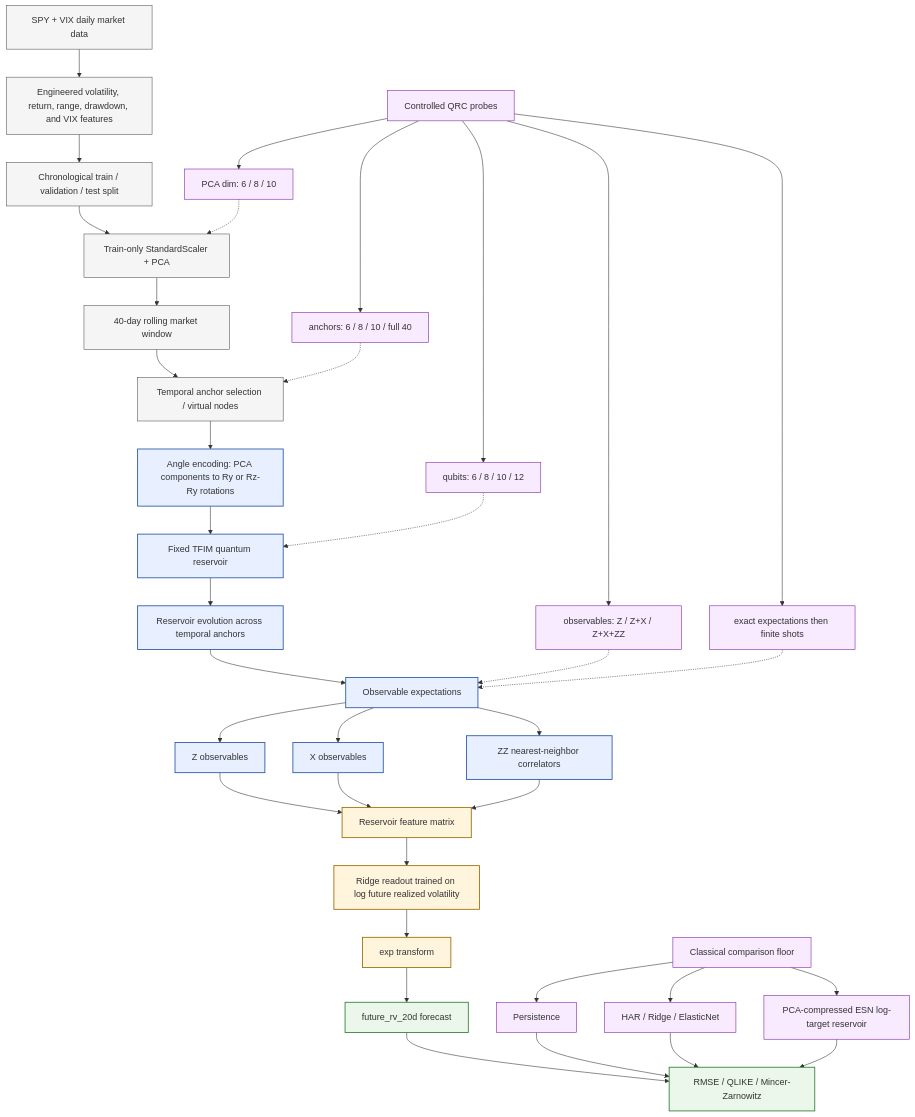
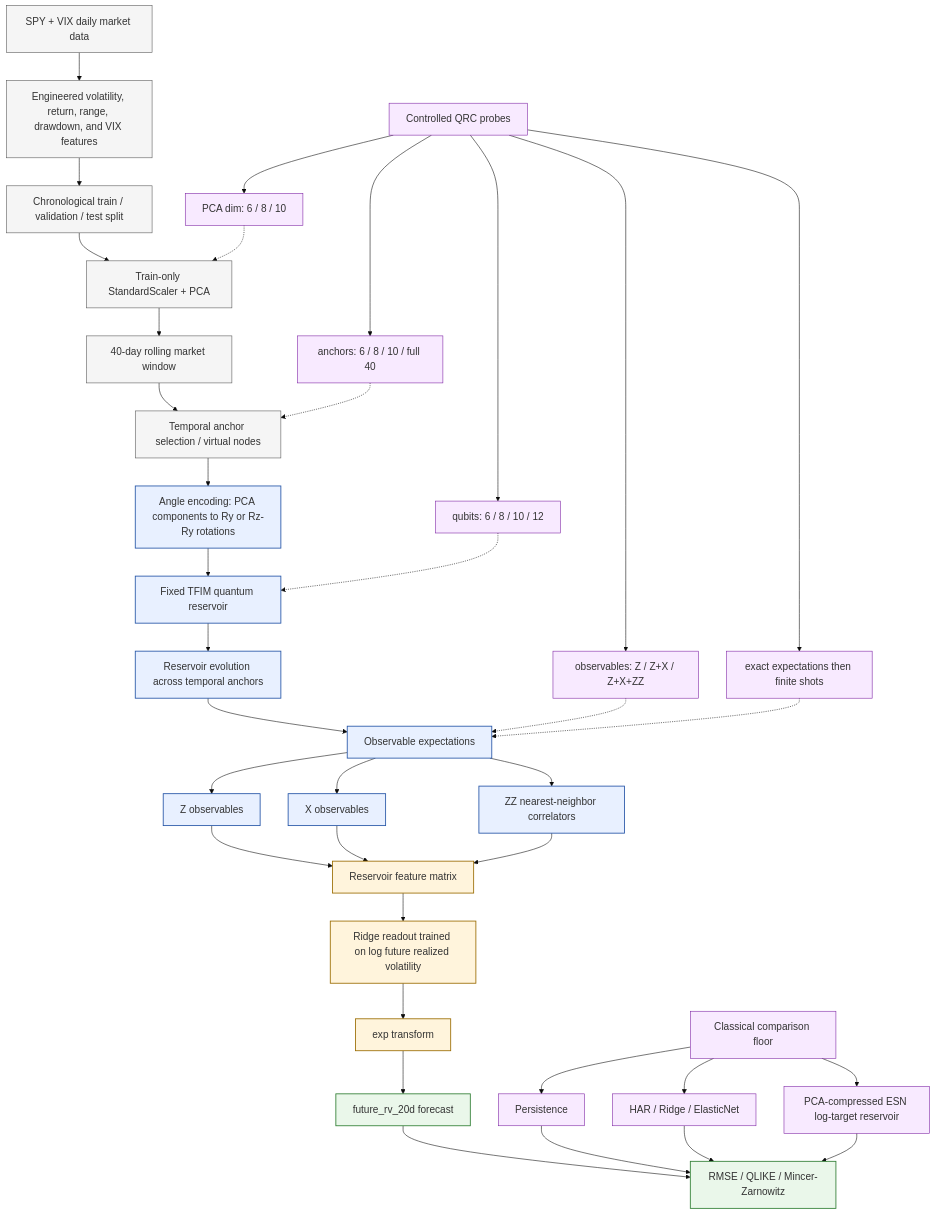
One commit to friedsam/qpitome-qrc-volatility changed the diagram in docs/qrc_architecture_diagram.mmd. Above: the diagram before and after it, drawn with Mermaid. The commit also changed 3 other files, not shown here.

Commit message:
Add rendered QRC architecture diagram

```diff
--- a/docs/qrc_architecture_diagram.mmd
+++ b/docs/qrc_architecture_diagram.mmd
@@ -1,50 +1,51 @@
+%%{init: {"theme": "base", "themeVariables": {"fontSize": "18px"}} }%%
 flowchart TD
     A[SPY + VIX daily market data] --> B[Engineered volatility, return, range, drawdown, and VIX features]
     B --> C[Chronological train / validation / test split]
     C --> D[Train-only StandardScaler + PCA]
     D --> E[40-day rolling market window]
     E --> F[Temporal anchor selection / virtual nodes]
     F --> G[Angle encoding: PCA components to Ry or Rz-Ry rotations]
     G --> H[Fixed TFIM quantum reservoir]
     H --> I[Reservoir evolution across temporal anchors]
     I --> J[Observable expectations]
     J --> J1[Z observables]
     J --> J2[X observables]
     J --> J3[ZZ nearest-neighbor correlators]
     J1 --> K[Reservoir feature matrix]
     J2 --> K
     J3 --> K
     K --> L[Ridge readout trained on log future realized volatility]
     L --> M[exp transform]
     M --> N[future_rv_20d forecast]
     N --> O[RMSE / QLIKE / Mincer-Zarnowitz]
 
     P[Classical comparison floor] --> P1[Persistence]
     P --> P2[HAR / Ridge / ElasticNet]
     P --> P3[PCA-compressed ESN log-target reservoir]
     P1 --> O
     P2 --> O
     P3 --> O
 
     Q[Controlled QRC probes] --> Q1[qubits: 6 / 8 / 10 / 12]
     Q --> Q2[PCA dim: 6 / 8 / 10]
     Q --> Q3[anchors: 6 / 8 / 10 / full 40]
     Q --> Q4[observables: Z / Z+X / Z+X+ZZ]
     Q --> Q5[exact expectations then finite shots]
     Q1 -.-> H
     Q2 -.-> D
     Q3 -.-> F
     Q4 -.-> J
     Q5 -.-> J
 
     classDef data fill:#f5f5f5,stroke:#555,stroke-width:1px;
     classDef quantum fill:#e8f0ff,stroke:#2454a6,stroke-width:1.5px;
     classDef readout fill:#fff4dc,stroke:#9a6b00,stroke-width:1.5px;
     classDef metrics fill:#eaf7ea,stroke:#2e7d32,stroke-width:1.5px;
     classDef probe fill:#f8eaff,stroke:#7b1fa2,stroke-width:1px;
 
     class A,B,C,D,E,F data;
     class G,H,I,J,J1,J2,J3 quantum;
     class K,L,M readout;
     class N,O metrics;
     class P,P1,P2,P3,Q,Q1,Q2,Q3,Q4,Q5 probe;
```
